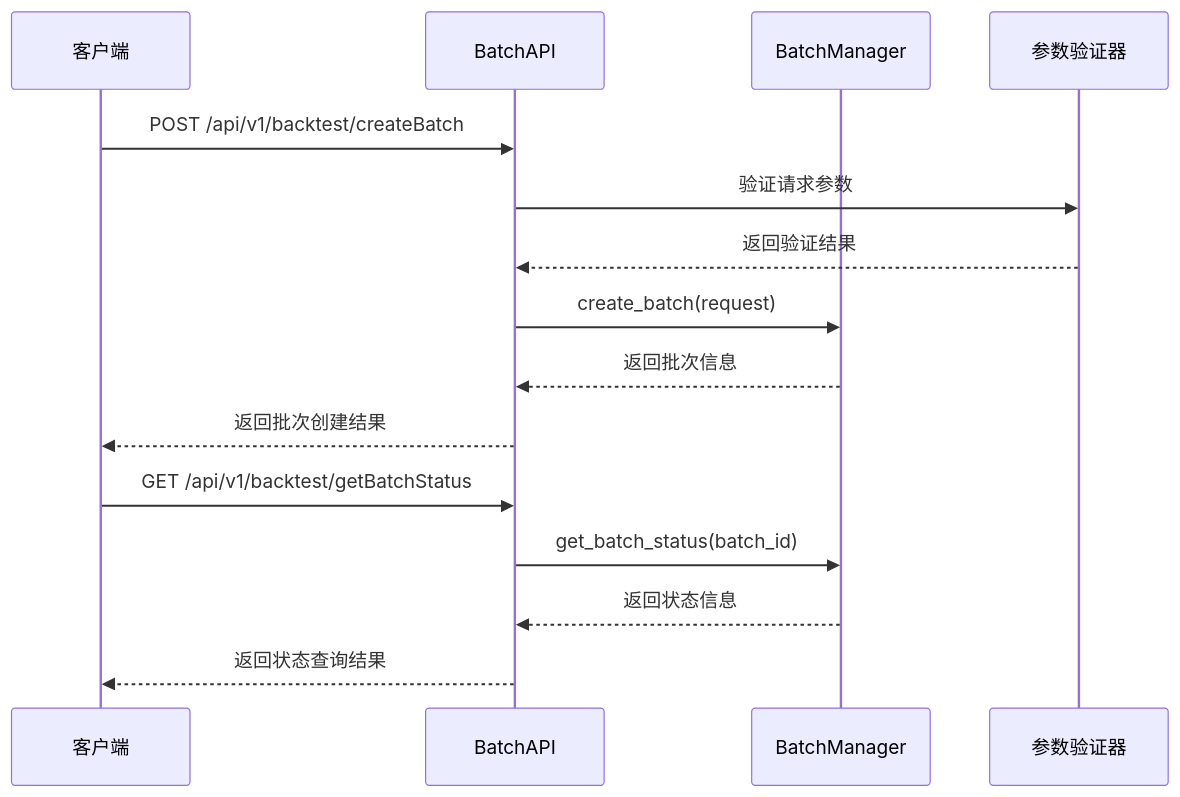
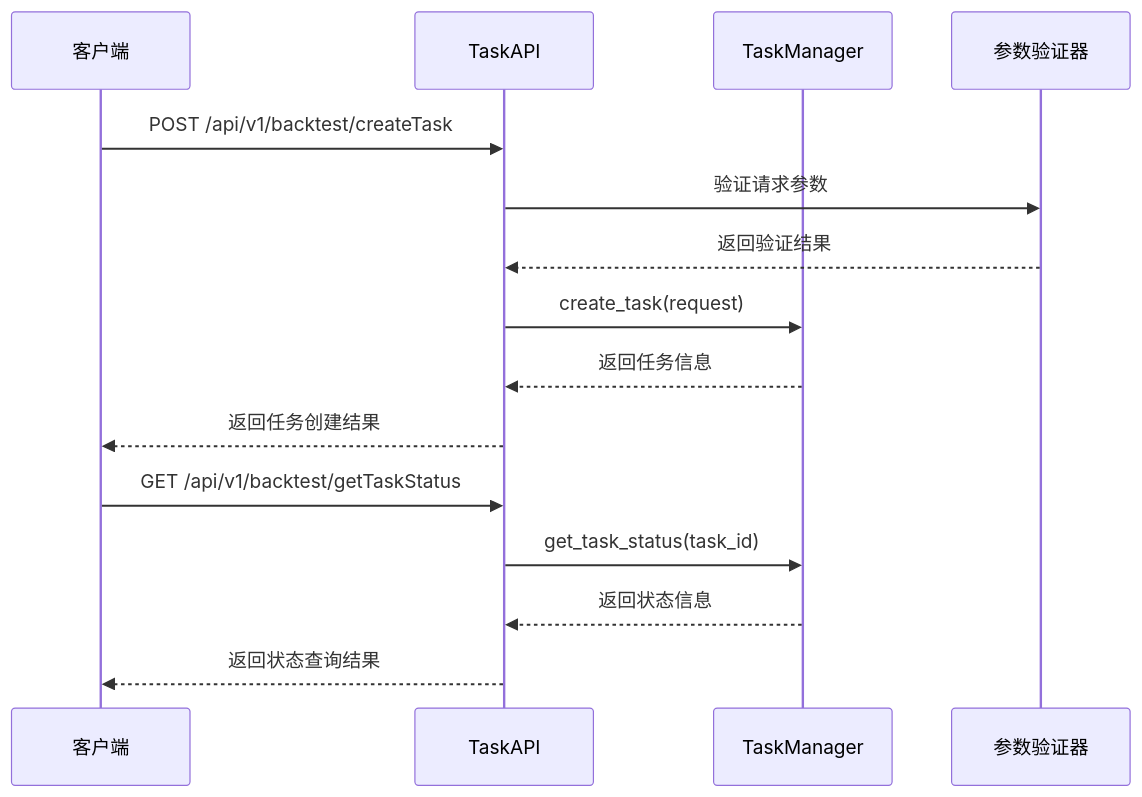
One commit to Casper-Mars/qtrade changed the fifth of 5 diagrams in docs/iteration-3-prediction-model/tasks_task_manager.md. Above: the diagram before and after it, drawn with Mermaid. The commit also changed other lines of this file and 12 other files, not shown here.

````diff
--- a/docs/iteration-3-prediction-model/tasks_task_manager.md
+++ b/docs/iteration-3-prediction-model/tasks_task_manager.md
@@ -213,19 +171,19 @@
     ```mermaid
     sequenceDiagram
         participant Client as 客户端
-        participant API as BatchAPI
-        participant BM as BatchManager
+        participant API as TaskAPI
+        participant TM as TaskManager
         participant Validator as 参数验证器
         
-        Client->>API: POST /api/v1/backtest/createBatch
+        Client->>API: POST /api/v1/backtest/createTask
         API->>Validator: 验证请求参数
         Validator-->>API: 返回验证结果
-        API->>BM: create_batch(request)
-        BM-->>API: 返回批次信息
-        API-->>Client: 返回批次创建结果
+        API->>TM: create_task(request)
+        TM-->>API: 返回任务信息
+        API-->>Client: 返回任务创建结果
         
-        Client->>API: GET /api/v1/backtest/getBatchStatus
-        API->>BM: get_batch_status(batch_id)
-        BM-->>API: 返回状态信息
+        Client->>API: GET /api/v1/backtest/getTaskStatus
+        API->>TM: get_task_status(task_id)
+        TM-->>API: 返回状态信息
         API-->>Client: 返回状态查询结果
     ```
````
